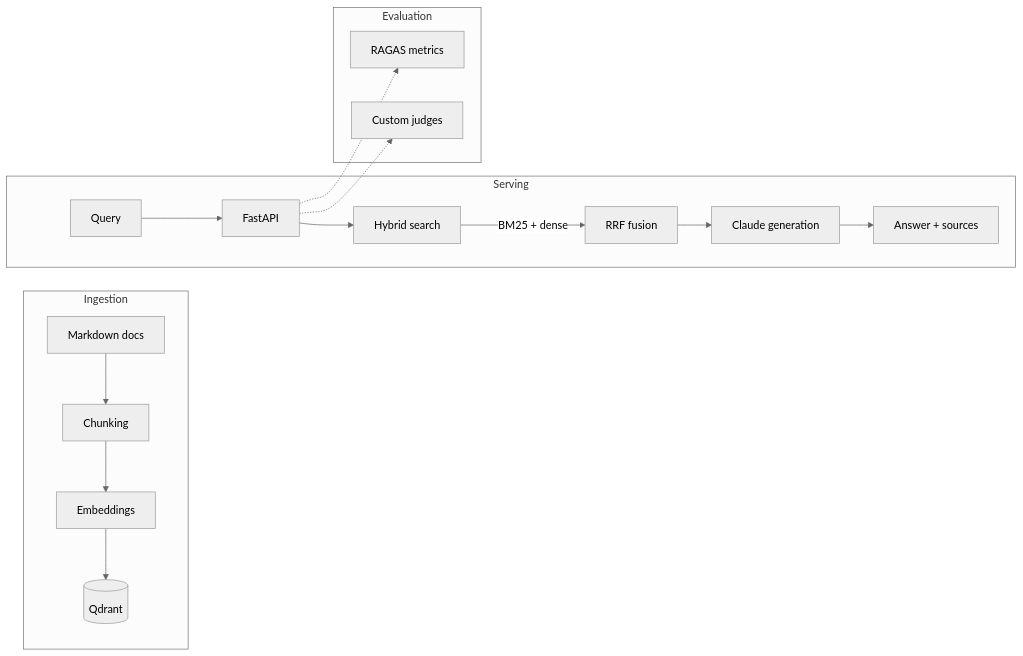
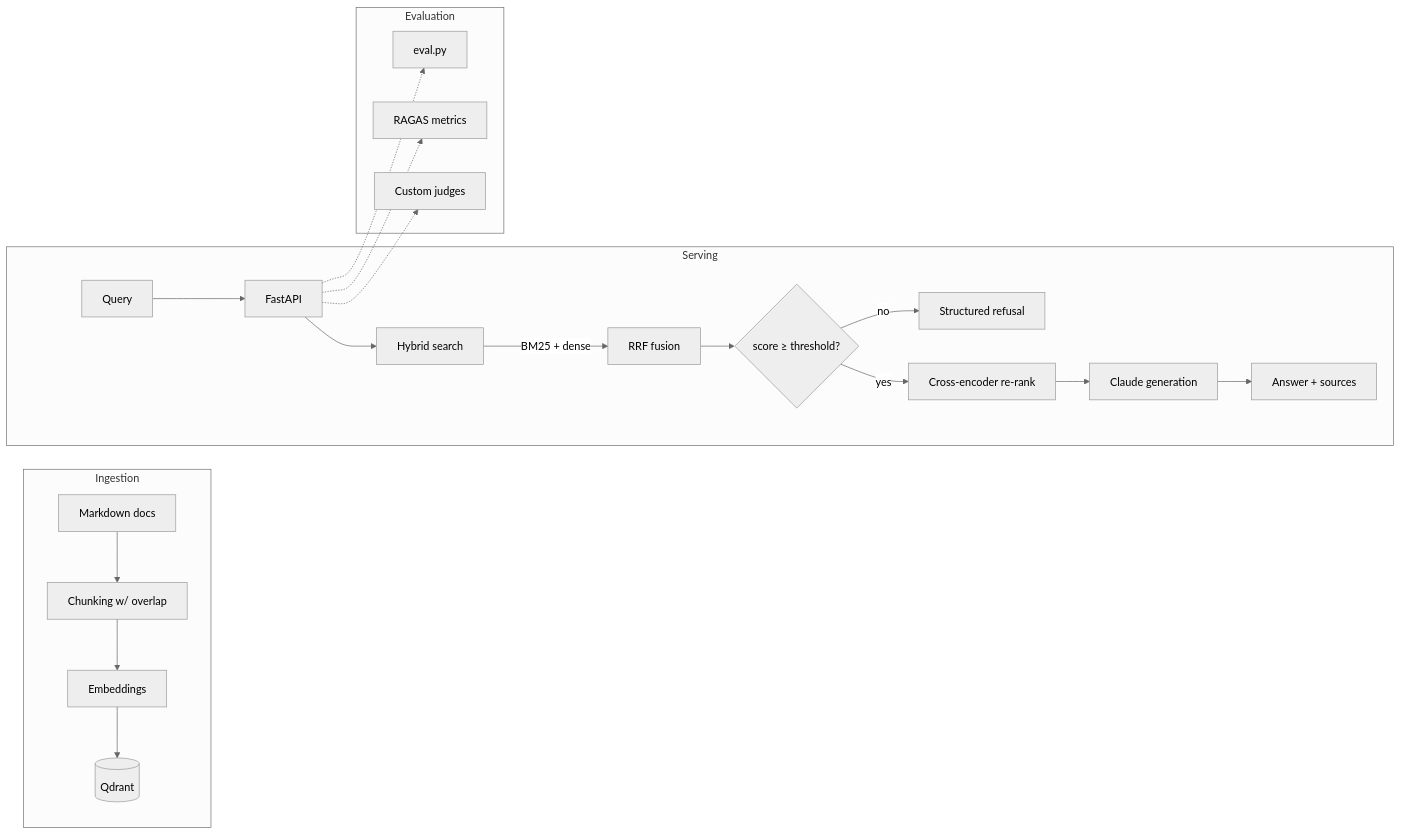
One commit to WaiteM124/miles-rag changed the diagram in README.md. Above: the diagram before and after it, drawn with Mermaid (neutral theme). The commit also changed other lines of this file and 7 other files, not shown here.

````diff
--- a/README.md
+++ b/README.md
@@ -17,19 +20,23 @@
 ```mermaid
 flowchart LR
     subgraph Ingestion
-        MD[Markdown docs] --> CH[Chunking]
+        MD[Markdown docs] --> CH[Chunking w/ overlap]
         CH --> EMB[Embeddings]
         EMB --> QD[(Qdrant)]
     end
     subgraph Serving
         Q[Query] --> API[FastAPI]
         API --> HYB[Hybrid search]
         HYB --> |BM25 + dense| RRF[RRF fusion]
-        RRF --> GEN[Claude generation]
+        RRF --> THR{score ≥ threshold?}
+        THR --> |no| REF[Structured refusal]
+        THR --> |yes| XEN[Cross-encoder re-rank]
+        XEN --> GEN[Claude generation]
         GEN --> A[Answer + sources]
     end
     subgraph Evaluation
+        API -.-> EVAL[eval.py]
         API -.-> RAGAS[RAGAS metrics]
         API -.-> JUDGE[Custom judges]
     end
 ```
````
